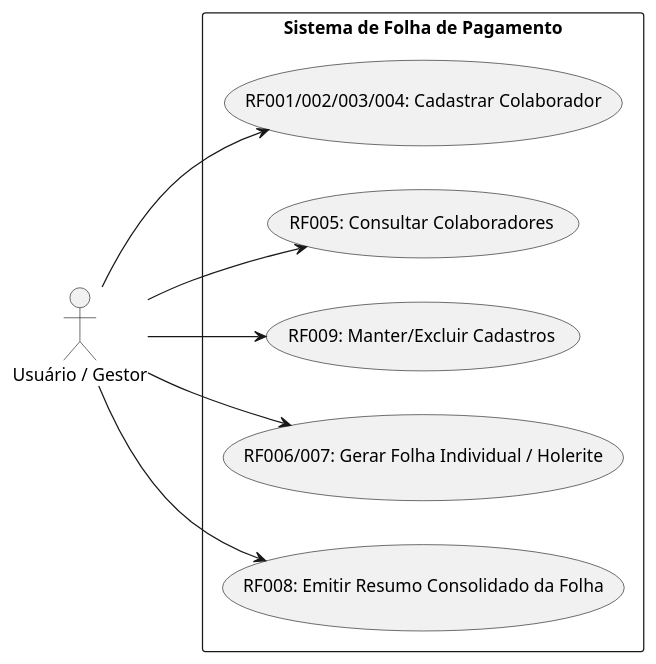
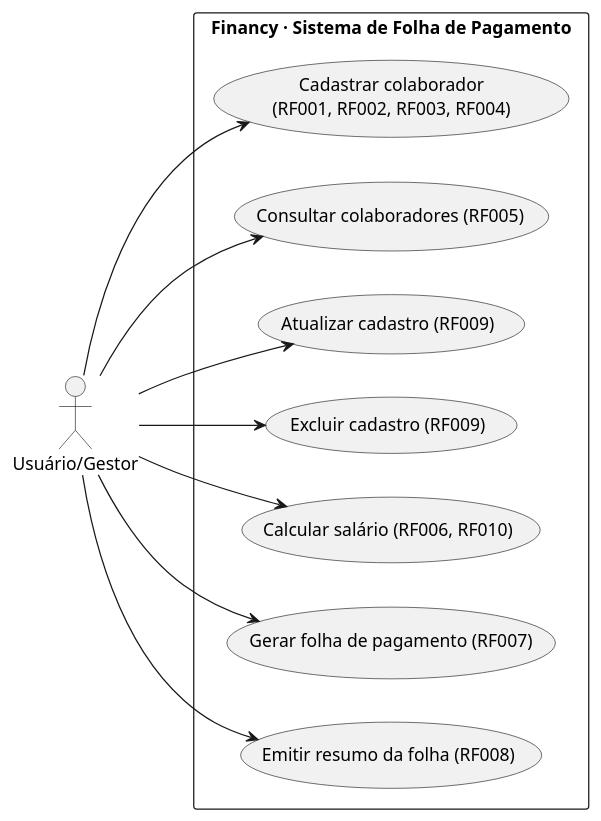
The diagram in 02_Analise/3.1-casos-de-uso.puml (johnrosik/folha-pagamento-gqs), drawn with PlantUML before and after one commit. The commit also changed 6 other files, not shown here.

First line of the commit message:
Entrega da A1: documento Financy e diagramas UML corrigidos

```diff
--- a/02_Analise/3.1-casos-de-uso.puml
+++ b/02_Analise/3.1-casos-de-uso.puml
@@ -1,20 +1,21 @@
 @startuml
 left to right direction
 skinparam packageStyle rectangle
-
-actor "Usuário / Gestor" as User
-
-rectangle "Sistema de Folha de Pagamento" {
-    usecase "RF001/002/003/004: Cadastrar Colaborador" as UC1
-    usecase "RF005: Consultar Colaboradores" as UC2
-    usecase "RF009: Manter/Excluir Cadastros" as UC3
-    usecase "RF006/007: Gerar Folha Individual / Holerite" as UC4
-    usecase "RF008: Emitir Resumo Consolidado da Folha" as UC5
+actor "Usuário/Gestor" as U
+rectangle "Financy · Sistema de Folha de Pagamento" {
+  usecase "Cadastrar colaborador\n(RF001, RF002, RF003, RF004)" as UC1
+  usecase "Consultar colaboradores (RF005)" as UC2
+  usecase "Atualizar cadastro (RF009)" as UC3
+  usecase "Excluir cadastro (RF009)" as UC4
+  usecase "Calcular salário (RF006, RF010)" as UC5
+  usecase "Gerar folha de pagamento (RF007)" as UC6
+  usecase "Emitir resumo da folha (RF008)" as UC7
 }
-
-User --> UC1
-User --> UC2
-User --> UC3
-User --> UC4
-User --> UC5
+U --> UC1
+U --> UC2
+U --> UC3
+U --> UC4
+U --> UC5
+U --> UC6
+U --> UC7
 @enduml
```
